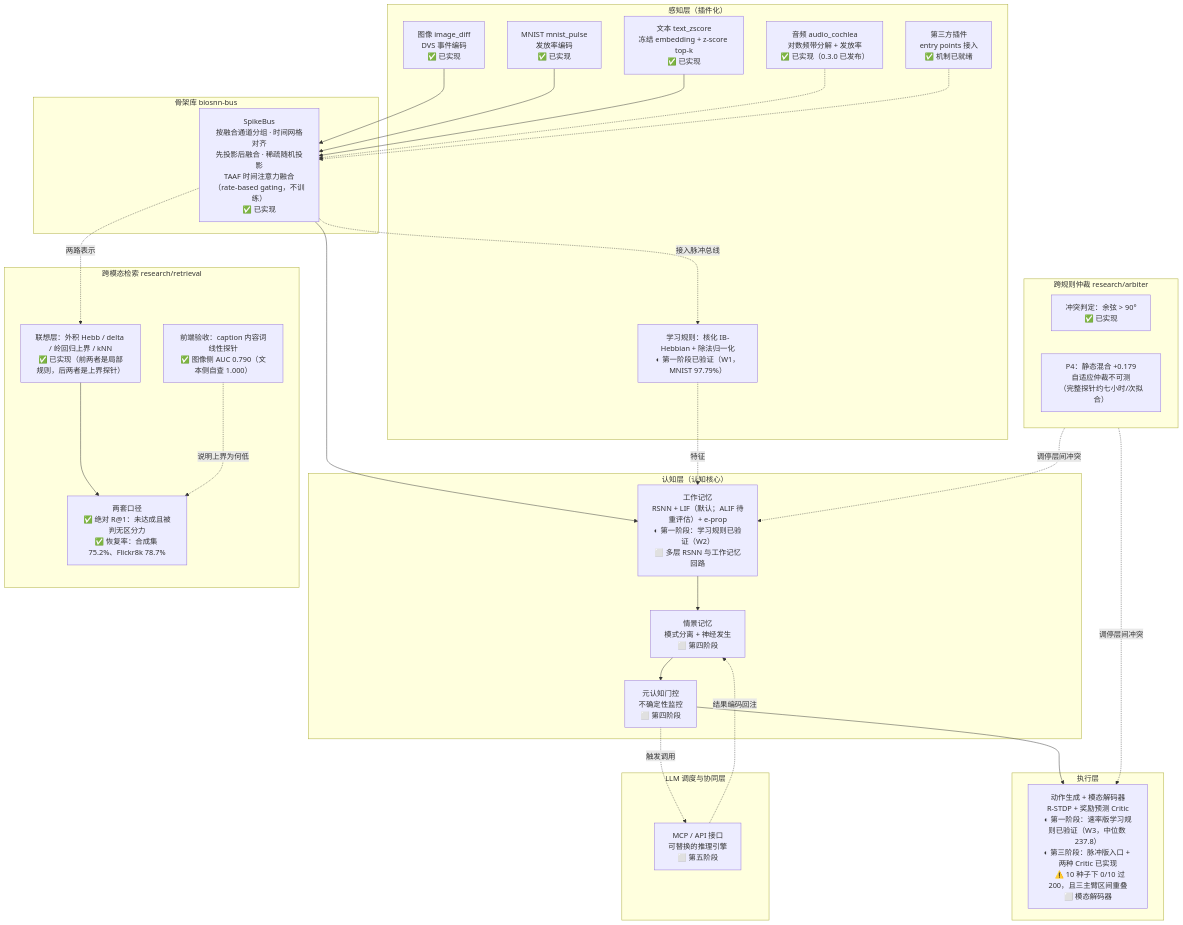
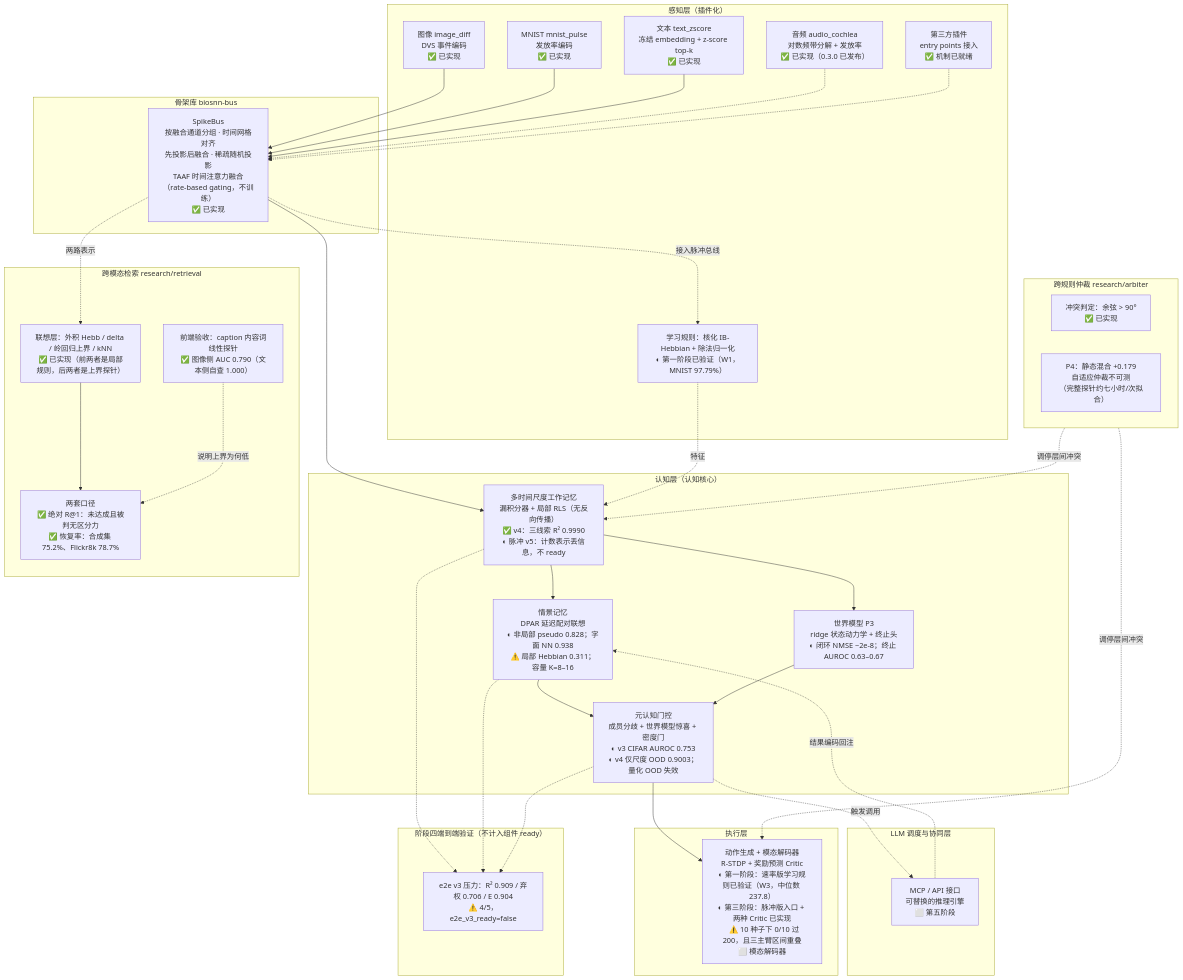
Before and after one commit to lzmd-arch/BioSNN-Plug: the diagram in README.md, drawn with Mermaid. The commit also changed other lines of this file and 5 other files, not shown here.

Commit message:
README 与架构图同步阶段三/四最新进展

````diff
--- a/README.md
+++ b/README.md
@@ -122,61 +125,71 @@
 ```mermaid
 flowchart TB
     subgraph L5["LLM 调度与协同层"]
         MCP["MCP / API 接口<br/>可替换的推理引擎<br/>⬜ 第五阶段"]
     end
 
     subgraph L4["执行层"]
         ACT["动作生成 + 模态解码器<br/>R-STDP + 奖励预测 Critic<br/>◐ 第一阶段：速率版学习规则已验证（W3，中位数 237.8）<br/>◐ 第三阶段：脉冲版入口 + 两种 Critic 已实现<br/>&nbsp;&nbsp;&nbsp;⚠️ 10 种子下 0/10 过 200，且三主臂区间重叠<br/>⬜ 模态解码器"]
     end
 
     subgraph L3["认知层（认知核心）"]
-        WM["工作记忆<br/>RSNN + LIF（默认；ALIF 待重评估）+ e-prop<br/>◐ 第一阶段：学习规则已验证（W2）<br/>⬜ 多层 RSNN 与工作记忆回路"]
-        EM["情景记忆<br/>模式分离 + 神经发生<br/>⬜ 第四阶段"]
-        MG["元认知门控<br/>不确定性监控<br/>⬜ 第四阶段"]
+        WM["多时间尺度工作记忆<br/>漏积分器 + 局部 RLS（无反向传播）<br/>✅ v4：三线索 R² 0.9990<br/>◐ 脉冲 v5：计数表示丢信息，不 ready"]
+        EM["情景记忆<br/>DPAR 延迟配对联想<br/>◐ 非局部 pseudo 0.828；字面 NN 0.938<br/>⚠️ 局部 Hebbian 0.311；容量 K=8–16"]
+        MG["元认知门控<br/>成员分歧 + 世界模型惊喜 + 密度门<br/>◐ v3 CIFAR AUROC 0.753<br/>◐ v4 仅尺度 OOD 0.9003；量化 OOD 失效"]
+        WMODEL["世界模型 P3<br/>ridge 状态动力学 + 终止头<br/>◐ 闭环 NMSE ~2e-8；终止 AUROC 0.63–0.67"]
     end
 
     subgraph ARB["跨规则仲裁 research/arbiter"]
         CF["冲突判定：余弦 > 90°<br/>✅ 已实现"]
         ES["P4：静态混合 +0.179<br/>自适应仲裁不可测<br/>（完整探针约七小时/次拟合）"]
     end
 
     subgraph L2["骨架库 biosnn-bus"]
         BUS["SpikeBus<br/>按融合通道分组 · 时间网格对齐<br/>先投影后融合 · 稀疏随机投影<br/>TAAF 时间注意力融合（rate-based gating，不训练）<br/>✅ 已实现"]
     end
 
     subgraph L1["感知层（插件化）"]
         IMG["图像 image_diff<br/>DVS 事件编码<br/>✅ 已实现"]
         MN["MNIST mnist_pulse<br/>发放率编码<br/>✅ 已实现"]
         TXT["文本 text_zscore<br/>冻结 embedding + z-score top-k<br/>✅ 已实现"]
         AUD["音频 audio_cochlea<br/>对数频带分解 + 发放率<br/>✅ 已实现（0.3.0 已发布）"]
         THIRD["第三方插件<br/>entry points 接入<br/>✅ 机制已就绪"]
         HEB["学习规则：核化 IB-Hebbian + 除法归一化<br/>◐ 第一阶段已验证（W1，MNIST 97.79%）"]
     end
 
     IMG --> BUS
     MN --> BUS
     TXT --> BUS
     AUD -.-> BUS
     THIRD -.-> BUS
 
     BUS --> WM
     BUS -.->|接入脉冲总线| HEB
     HEB -.->|特征| WM
     WM --> EM
+    WM --> WMODEL
     EM --> MG
+    WMODEL --> MG
     MG --> ACT
     MG -.->|触发调用| MCP
     MCP -.->|结果编码回注| EM
     ARB -.->|调停层间冲突| WM
     ARB -.->|调停层间冲突| ACT
 
     subgraph W4["跨模态检索 research/retrieval"]
         FAC["联想层：外积 Hebb / delta / 岭回归上界 / kNN<br/>✅ 已实现（前两者是局部规则，后两者是上界探针）"]
         CRIT["两套口径<br/>✅ 绝对 R@1：未达成且被判无区分力<br/>✅ 恢复率：合成集 75.2%、Flickr8k 78.7%"]
         FE["前端验收：caption 内容词线性探针<br/>✅ 图像侧 AUC 0.790（文本侧自查 1.000）"]
     end
 
     BUS -.->|两路表示| FAC
     FAC --> CRIT
     FE -.->|说明上界为何低| CRIT
+
+    subgraph S4["阶段四端到端验证（不计入组件 ready）"]
+        E2E["e2e v3 压力：R² 0.909 / 弃权 0.706 / E 0.904<br/>⚠️ 4/5，e2e_v3_ready=false"]
+    end
+    WM -.-> E2E
+    EM -.-> E2E
+    MG -.-> E2E
 ```
````
